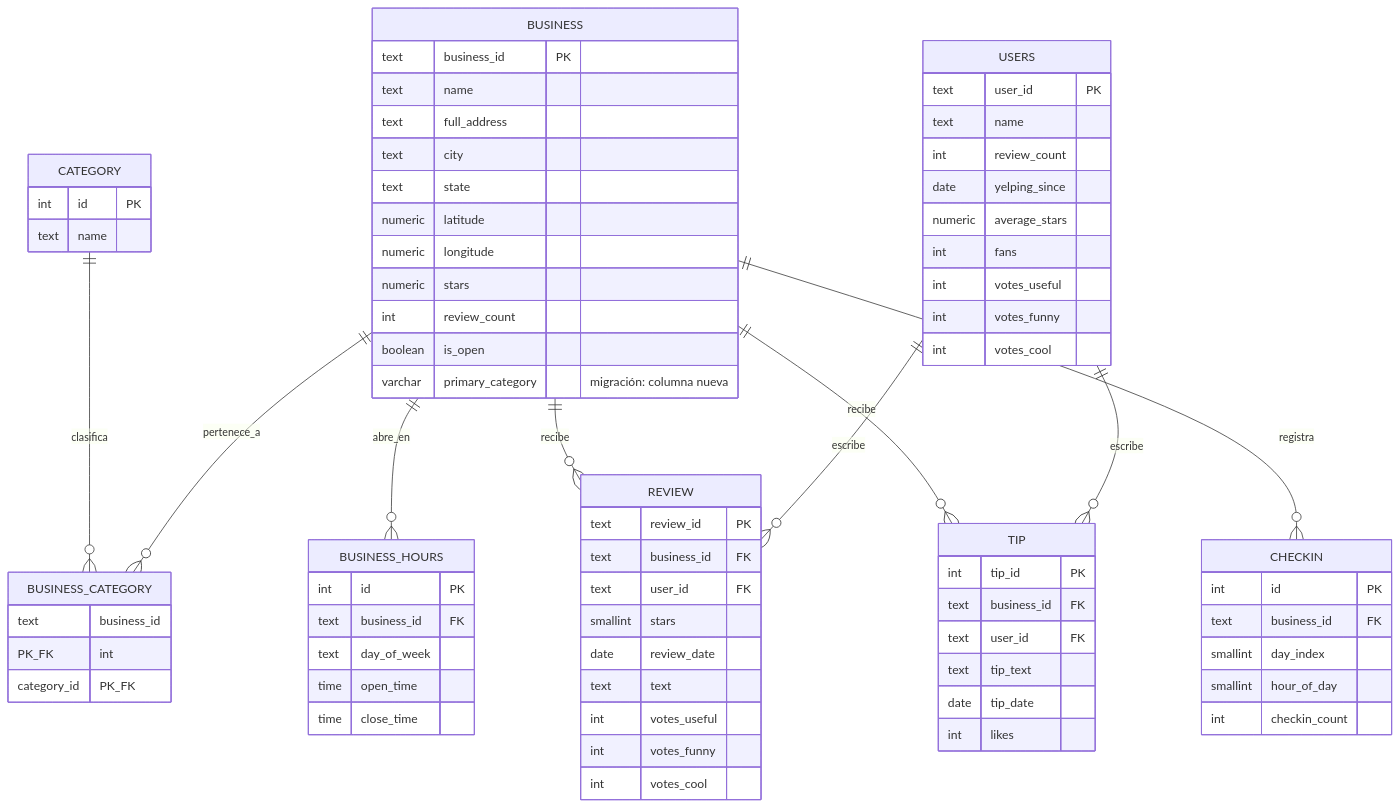
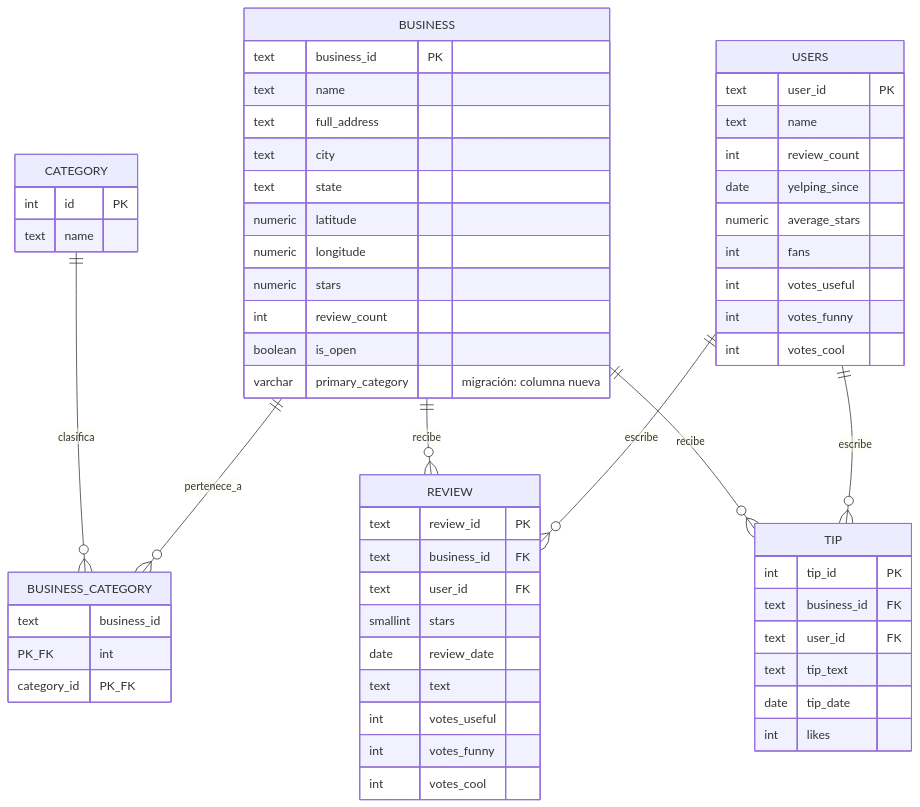
The diagram in docs/dominio_de_negocio.md (vavelezr/Momento_01_Tendencias), drawn with Mermaid before and after one commit. The commit also changed other lines of this file, not shown here.

Commit message:
fix(docs): recorta business_hours/checkin del ER de este Momento
Se decidió versionar solo 3 migraciones V__ (tabla nueva tip, columna
primary_category, índice+restricción) en vez de 5 — ya cubre el
mínimo exigido sin migraciones de más. Ajusta el diagrama ER, la
tabla de la §3 y el conteo de filas para que coincidan con
sql_migrations/. business_hours.json y checkins.json siguen en data/
como candidatos para una fase futura, documentado explícitamente.

````diff
--- a/docs/dominio_de_negocio.md
+++ b/docs/dominio_de_negocio.md
@@ -36,77 +36,61 @@
 ```mermaid
 erDiagram
     CATEGORY ||--o{ BUSINESS_CATEGORY : clasifica
     BUSINESS ||--o{ BUSINESS_CATEGORY : pertenece_a
-    BUSINESS ||--o{ BUSINESS_HOURS : abre_en
     BUSINESS ||--o{ REVIEW : recibe
     BUSINESS ||--o{ TIP : recibe
-    BUSINESS ||--o{ CHECKIN : registra
     USERS ||--o{ REVIEW : escribe
     USERS ||--o{ TIP : escribe
 
     CATEGORY {
         int id PK
         text name
     }
     BUSINESS {
         text business_id PK
         text name
         text full_address
         text city
         text state
         numeric latitude
         numeric longitude
         numeric stars
         int review_count
         boolean is_open
         varchar primary_category "migración: columna nueva"
     }
     BUSINESS_CATEGORY {
         text business_id PK_FK
         int category_id PK_FK
-    }
-    BUSINESS_HOURS {
-        int id PK
-        text business_id FK
-        text day_of_week
-        time open_time
-        time close_time
     }
     USERS {
         text user_id PK
         text name
         int review_count
         date yelping_since
         numeric average_stars
         int fans
         int votes_useful
         int votes_funny
         int votes_cool
     }
     REVIEW {
         text review_id PK
         text business_id FK
         text user_id FK
         smallint stars
         date review_date
         text text
         int votes_useful
         int votes_funny
         int votes_cool
     }
     TIP {
         int tip_id PK
         text business_id FK
         text user_id FK
         text tip_text
         date tip_date
         int likes
     }
-    CHECKIN {
-        int id PK
-        text business_id FK
-        smallint day_index
-        smallint hour_of_day
-        int checkin_count
-    }
 ```
````
